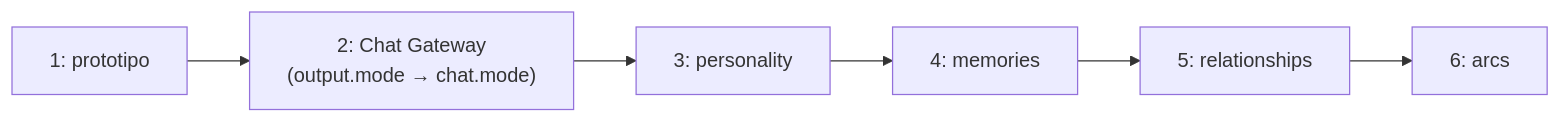
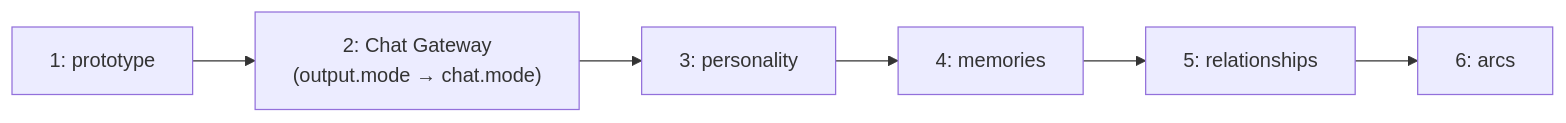
One commit to Finland6738/azeroth-unspoken changed diagram 14 of 14 in docs/ARCHITECTURE.md. Above: the diagram before and after it, drawn with Mermaid. The commit also changed other lines of this file and 31 other files, not shown here.

````diff
--- a/docs/ARCHITECTURE.md
+++ b/docs/ARCHITECTURE.md
@@ -517,8 +517,8 @@
 ```mermaid
 flowchart LR
-    S1["1: prototipo"] --> S2["2: Chat Gateway<br/>(output.mode → chat.mode)"]
+    S1["1: prototype"] --> S2["2: Chat Gateway<br/>(output.mode → chat.mode)"]
     S2 --> S3["3: personality"]
     S3 --> S4["4: memories"]
     S4 --> S5["5: relationships"]
     S5 --> S6["6: arcs"]
 ```
````
